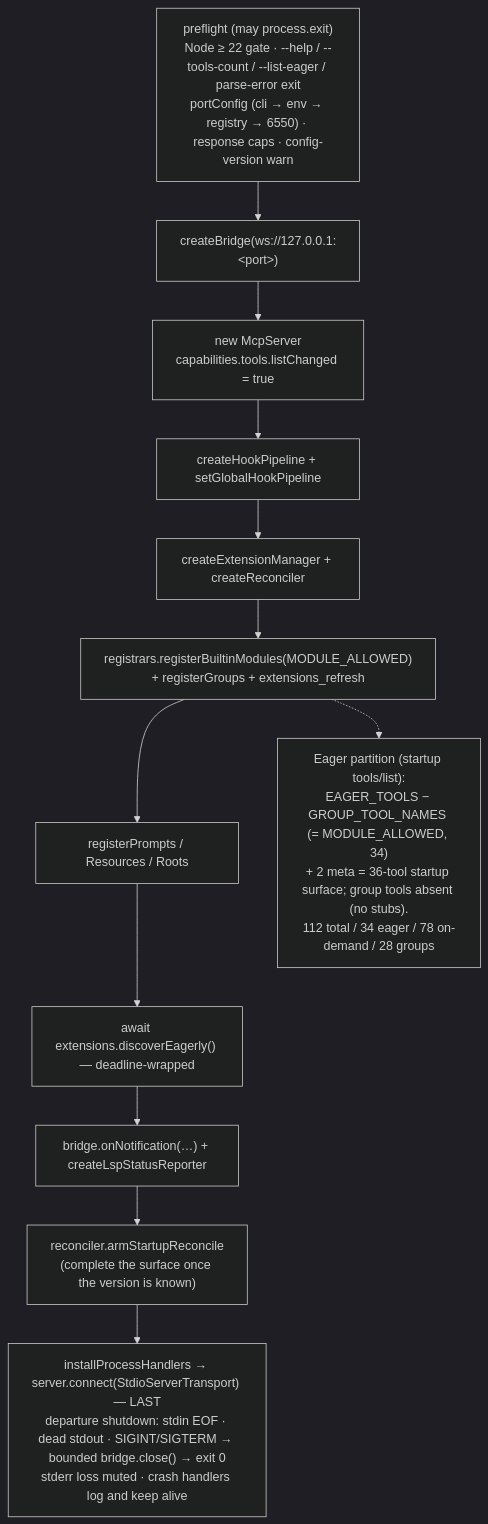
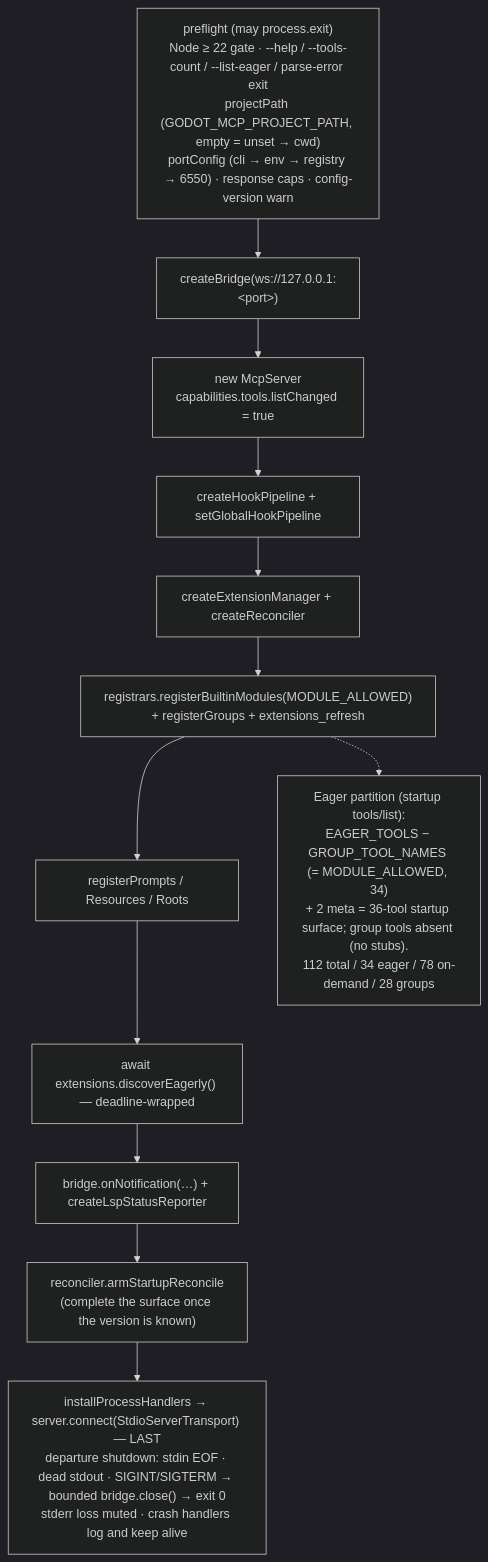
Before and after one commit to NPGameDev/godot-mcp-server: the third of 13 diagrams in docs/architecture/README.md, drawn with Mermaid (dark theme). The commit also changed other lines of this file, not shown here.

Commit message:
docs(arch): re-attest the figures that depict the startup path and error types

````diff
--- a/docs/architecture/README.md
+++ b/docs/architecture/README.md
@@ -207,17 +210,17 @@
 ```mermaid
 flowchart TD
-    pre["preflight (may process.exit)<br/>Node ≥ 22 gate · --help / --tools-count / --list-eager / parse-error exit<br/>portConfig (cli → env → registry → 6550) · response caps · config-version warn"]
+    pre["preflight (may process.exit)<br/>Node ≥ 22 gate · --help / --tools-count / --list-eager / parse-error exit<br/>projectPath (GODOT_MCP_PROJECT_PATH, empty = unset → cwd)<br/>portConfig (cli → env → registry → 6550) · response caps · config-version warn"]
     bridge["createBridge(ws://127.0.0.1:&lt;port&gt;)"]
     srv["new McpServer<br/>capabilities.tools.listChanged = true"]
     hooks["createHookPipeline + setGlobalHookPipeline"]
     subsys["createExtensionManager + createReconciler"]
     reg["registrars.registerBuiltinModules(MODULE_ALLOWED)<br/>+ registerGroups + extensions_refresh"]
     mcpcap["registerPrompts / Resources / Roots"]
     eager["await extensions.discoverEagerly() — deadline-wrapped"]
     notif["bridge.onNotification(…) + createLspStatusReporter"]
     recon["reconciler.armStartupReconcile<br/>(complete the surface once the version is known)"]
     conn["installProcessHandlers → server.connect(StdioServerTransport) — LAST<br/>departure shutdown: stdin EOF · dead stdout · SIGINT/SIGTERM → bounded bridge.close() → exit 0<br/>stderr loss muted · crash handlers log and keep alive"]
     pre --> bridge --> srv --> hooks --> subsys --> reg --> mcpcap --> eager --> notif --> recon --> conn
     part["Eager partition (startup tools/list):<br/>EAGER_TOOLS − GROUP_TOOL_NAMES (= MODULE_ALLOWED, 34)<br/>+ 2 meta = 36-tool startup surface; group tools absent (no stubs).<br/>112 total / 34 eager / 78 on-demand / 28 groups"]
     reg -.-> part
 ```
````
